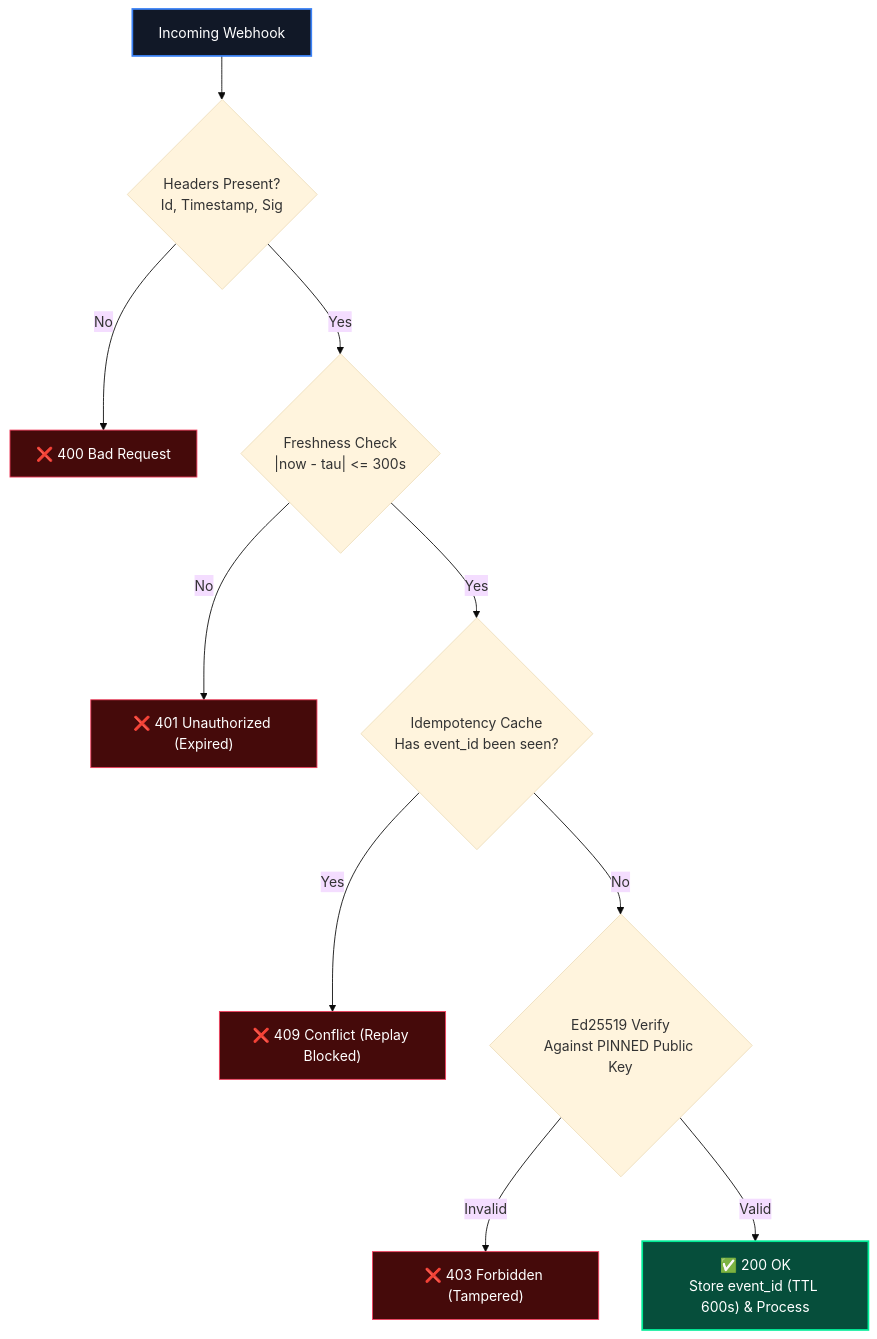
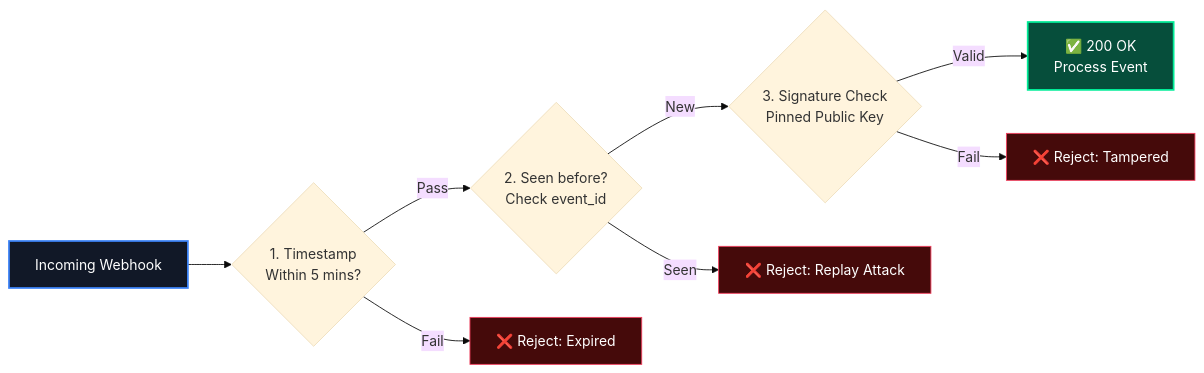
The fifth of 6 diagrams in whitepaper.md (Team-Managed/NEARHook), drawn with Mermaid (base theme) before and after one commit. The commit also changed other lines of this file, not shown here.

````diff
--- a/whitepaper.md
+++ b/whitepaper.md
@@ -189,19 +148,17 @@
 ```mermaid
-flowchart TD
-    Start["Incoming Webhook"] --> HeaderCheck{"Headers Present?<br/>Id, Timestamp, Sig"}
-    HeaderCheck -- "No" --> Reject1["❌ 400 Bad Request"]
-    HeaderCheck -- "Yes" --> FreshnessCheck{"Freshness Check<br/>|now - tau| <= 300s"}
-    FreshnessCheck -- "No" --> Reject2["❌ 401 Unauthorized (Expired)"]
-    FreshnessCheck -- "Yes" --> IdempotencyCheck{"Idempotency Cache<br/>Has event_id been seen?"}
-    IdempotencyCheck -- "Yes" --> Reject3["❌ 409 Conflict (Replay Blocked)"]
-    IdempotencyCheck -- "No" --> CryptoCheck{"Ed25519 Verify<br/>Against PINNED Public Key"}
-    CryptoCheck -- "Invalid" --> Reject4["❌ 403 Forbidden (Tampered)"]
-    CryptoCheck -- "Valid" --> Accept["✅ 200 OK<br/>Store event_id (TTL 600s) & Process"]
+flowchart LR
+    Incoming["Incoming Webhook"] --> TimeCheck{"1. Timestamp<br/>Within 5 mins?"}
+    TimeCheck -- "Pass" --> DedupCheck{"2. Seen before?<br/>Check event_id"}
+    DedupCheck -- "New" --> SigCheck{"3. Signature Check<br/>Pinned Public Key"}
+    SigCheck -- "Valid" --> Accept["✅ 200 OK<br/>Process Event"]
 
-    style Start fill:#111827,stroke:#3B82F6,stroke-width:2px,color:#fff
+    TimeCheck -- "Fail" --> Reject1["❌ Reject: Expired"]
+    DedupCheck -- "Seen" --> Reject2["❌ Reject: Replay Attack"]
+    SigCheck -- "Fail" --> Reject3["❌ Reject: Tampered"]
+
+    style Incoming fill:#111827,stroke:#3B82F6,stroke-width:2px,color:#fff
+    style Accept fill:#064E3B,stroke:#00EC97,stroke-width:2px,color:#fff
     style Reject1 fill:#450A0A,stroke:#F43F5E,stroke-width:1px,color:#fff
     style Reject2 fill:#450A0A,stroke:#F43F5E,stroke-width:1px,color:#fff
     style Reject3 fill:#450A0A,stroke:#F43F5E,stroke-width:1px,color:#fff
-    style Reject4 fill:#450A0A,stroke:#F43F5E,stroke-width:1px,color:#fff
-    style Accept fill:#064E3B,stroke:#00EC97,stroke-width:2px,color:#fff
 ```
````
